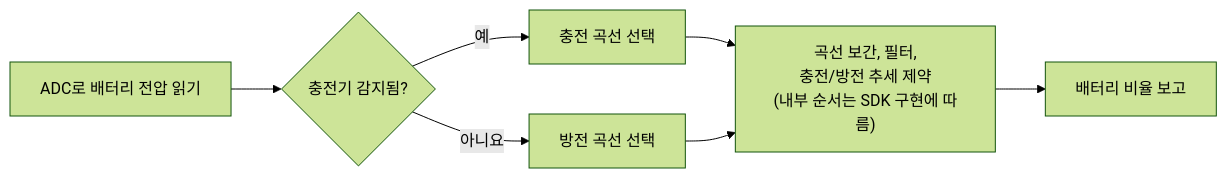
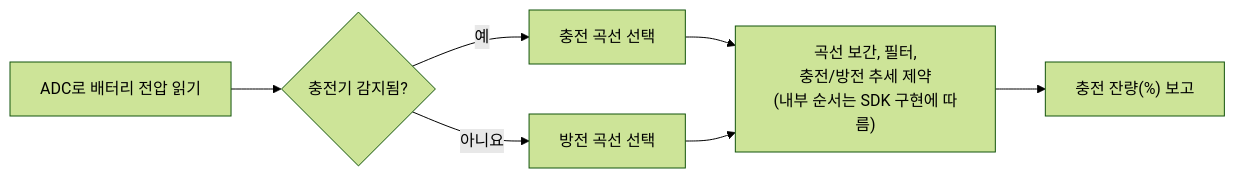
The diagram in docs_ko/learn/low-power/battery-capacity-calculation.md (uForge-io/uforge-site), drawn with Mermaid (forest theme) before and after one commit. The commit also changed other lines of this file and 500 other files, not shown here.

````diff
--- a/docs_ko/learn/low-power/battery-capacity-calculation.md
+++ b/docs_ko/learn/low-power/battery-capacity-calculation.md
@@ -34,9 +34,9 @@
 ```mermaid
 flowchart LR
     A["ADC로 배터리 전압 읽기"] --> B{"충전기 감지됨?"}
     B -->|"예"| C["충전 곡선 선택"]
     B -->|"아니요"| D["방전 곡선 선택"]
     C --> F["곡선 보간, 필터,<br/>충전/방전 추세 제약<br/>(내부 순서는 SDK 구현에 따름)"]
     D --> F
-    F --> G["배터리 비율 보고"]
+    F --> G["충전 잔량(%) 보고"]
 ```
````
